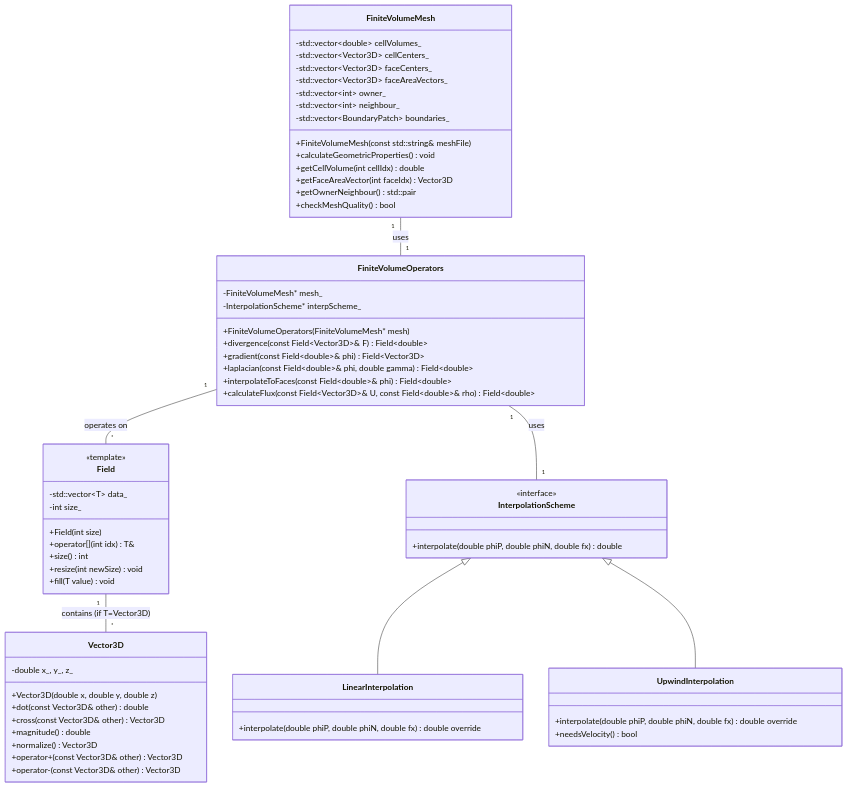
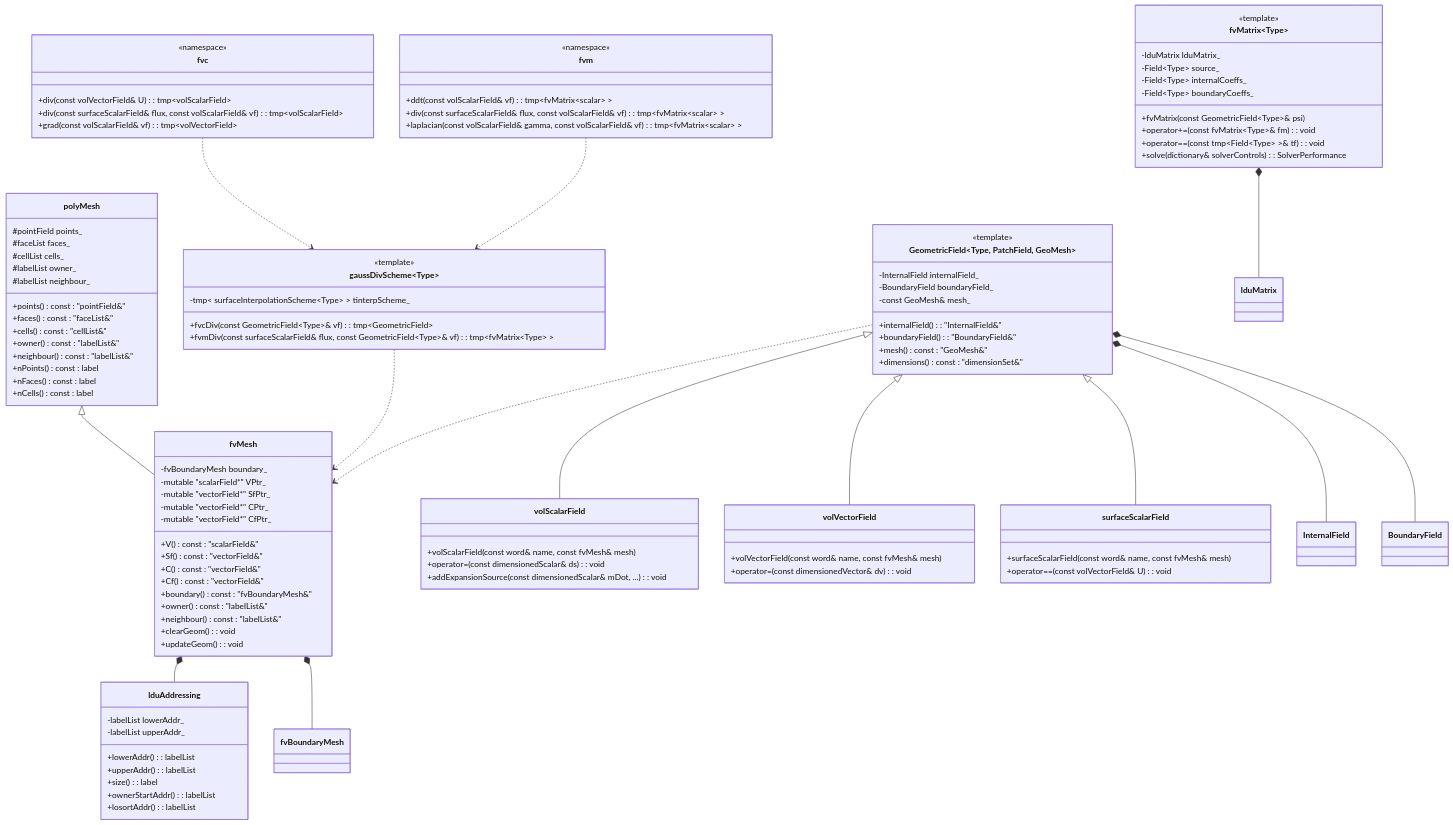
The first of 2 diagrams in daily_learning/Phase_01_Foundation_Theory/2026-01-02.md (wramet/build-my-cfd), drawn with Mermaid before and after one commit. The commit also changed other lines of this file, not shown here.

````diff
--- a/daily_learning/Phase_01_Foundation_Theory/2026-01-02.md
+++ b/daily_learning/Phase_01_Foundation_Theory/2026-01-02.md
@@ -431,72 +648,126 @@
 ```mermaid
 classDiagram
-    class FiniteVolumeMesh {
-        -std::vector~double~ cellVolumes_
-        -std::vector~Vector3D~ cellCenters_
-        -std::vector~Vector3D~ faceCenters_
-        -std::vector~Vector3D~ faceAreaVectors_
-        -std::vector~int~ owner_
-        -std::vector~int~ neighbour_
-        -std::vector~BoundaryPatch~ boundaries_
-        +FiniteVolumeMesh(const std::string& meshFile)
-        +calculateGeometricProperties() void
-        +getCellVolume(int cellIdx) double
-        +getFaceAreaVector(int faceIdx) Vector3D
-        +getOwnerNeighbour() std::pair
-        +checkMeshQuality() bool
+    direction TB
+
+    class lduAddressing {
+        -labelList lowerAddr_
+        -labelList upperAddr_
+        +lowerAddr() : labelList
+        +upperAddr() : labelList
+        +size() : label
+        +ownerStartAddr() : labelList
+        +losortAddr() : labelList
     }
+
+    class polyMesh {
+        #pointField points_
+        #faceList faces_
+        #cellList cells_
+        #labelList owner_
+        #labelList neighbour_
+        +points() const : "pointField&"
+        +faces() const : "faceList&"
+        +cells() const : "cellList&"
+        +owner() const : "labelList&"
+        +neighbour() const : "labelList&"
+        +nPoints() const : label
+        +nFaces() const : label
+        +nCells() const : label
+    }
+
+    class fvMesh {
+        -fvBoundaryMesh boundary_
+        -mutable "scalarField*" VPtr_
+        -mutable "vectorField*" SfPtr_
+        -mutable "vectorField*" CPtr_
+        -mutable "vectorField*" CfPtr_
+        +V() const : "scalarField&"
+        +Sf() const : "vectorField&"
+        +C() const : "vectorField&"
+        +Cf() const : "vectorField&"
+        +boundary() const : "fvBoundaryMesh&"
+        +owner() const : "labelList&"
+        +neighbour() const : "labelList&"
+        +clearGeom() : void
+        +updateGeom() : void
+    }
+
+    class GeometricField~Type, PatchField, GeoMesh~ {
+        <<template>>
+        -InternalField internalField_
+        -BoundaryField boundaryField_
+        -const GeoMesh& mesh_
+        +internalField() : "InternalField&"
+        +boundaryField() : "BoundaryField&"
+        +mesh() const : "GeoMesh&"
+        +dimensions() const : "dimensionSet&"
+    }
+
+    class volScalarField {
+        +volScalarField(const word& name, const fvMesh& mesh)
+        +operator=(const dimensionedScalar& ds) : void
+        +addExpansionSource(const dimensionedScalar& mDot, ...) : void
+    }
+
+    class volVectorField {
+        +volVectorField(const word& name, const fvMesh& mesh)
+        +operator=(const dimensionedVector& dv) : void
+    }
+
+    class surfaceScalarField {
+        +surfaceScalarField(const word& name, const fvMesh& mesh)
+        +operator==(const volVectorField& U) : void
+    }
+
+    class fvMatrix~Type~ {
+        <<template>>
+        -lduMatrix lduMatrix_
+        -Field~Type~ source_
+        -Field~Type~ internalCoeffs_
+        -Field~Type~ boundaryCoeffs_
+        +fvMatrix(const GeometricField~Type~& psi)
+        +operator+=(const fvMatrix~Type~& fm) : void
+        +operator==(const tmp~Field~Type~ ~& tf) : void
+        +solve(dictionary& solverControls) : SolverPerformance
+    }
+
+    class gaussDivScheme~Type~ {
+        <<template>>
+        -tmp~ surfaceInterpolationScheme~Type~ ~ tinterpScheme_
+        +fvcDiv(const GeometricField~Type~& vf) : tmp~GeometricField~
+        +fvmDiv(const surfaceScalarField& flux, const GeometricField~Type~& vf) : tmp~fvMatrix~Type~ ~
+    }
+
+    class fvc {
+        <<namespace>>
+        +div(const volVectorField& U) : tmp~volScalarField~
+        +div(const surfaceScalarField& flux, const volScalarField& vf) : tmp~volScalarField~
+        +grad(const volScalarField& vf) : tmp~volVectorField~
+    }
+
+    class fvm {
+        <<namespace>>
+        +ddt(const volScalarField& vf) : tmp~fvMatrix~scalar~ ~
+        +div(const surfaceScalarField& flux, const volScalarField& vf) : tmp~fvMatrix~scalar~ ~
+        +laplacian(const volScalarField& gamma, const volScalarField& vf) : tmp~fvMatrix~scalar~ ~
+    }
+
+    %% Inheritance relationships
+    polyMesh <|-- fvMesh
+    GeometricField <|-- volScalarField
+    GeometricField <|-- volVectorField
+    GeometricField <|-- surfaceScalarField
     
-    class FiniteVolumeOperators {
-        -FiniteVolumeMesh* mesh_
-        -InterpolationScheme* interpScheme_
-        +FiniteVolumeOperators(FiniteVolumeMesh* mesh)
-        +divergence(const Field~Vector3D~& F) Field~double~
-        +gradient(const Field~double~& phi) Field~Vector3D~
-        +laplacian(const Field~double~& phi, double gamma) Field~double~
-        +interpolateToFaces(const Field~double~& phi) Field~double~
-        +calculateFlux(const Field~Vector3D~& U, const Field~double~& rho) Field~double~
-    }
+    %% Composition relationships
+    fvMesh *-- lduAddressing
+    fvMesh *-- fvBoundaryMesh
+    GeometricField *-- InternalField
+    GeometricField *-- BoundaryField
+    fvMatrix *-- lduMatrix
     
-    class Field {
-        <<template>>
-        -std::vector~T~ data_
-        -int size_
-        +Field(int size)
-        +operator[](int idx) T&
-        +size() int
-        +resize(int newSize) void
-        +fill(T value) void
-    }
-    
-    class Vector3D {
-        -double x_, y_, z_
-        +Vector3D(double x, double y, double z)
-        +dot(const Vector3D& other) double
-        +cross(const Vector3D& other) Vector3D
-        +magnitude() double
-        +normalize() Vector3D
-        +operator+(const Vector3D& other) Vector3D
-        +operator-(const Vector3D& other) Vector3D
-    }
-    
-    class InterpolationScheme {
-        <<interface>>
-        +interpolate(double phiP, double phiN, double fx) double
-    }
-    
-    class LinearInterpolation {
-        +interpolate(double phiP, double phiN, double fx) double override
-    }
-    
-    class UpwindInterpolation {
-        +interpolate(double phiP, double phiN, double fx) double override
-        +needsVelocity() bool
-    }
-    
-    FiniteVolumeMesh "1" -- "1" FiniteVolumeOperators : uses
-    FiniteVolumeOperators "1" -- "*" Field : operates on
-    FiniteVolumeOperators "1" -- "1" InterpolationScheme : uses
-    InterpolationScheme <|-- LinearInterpolation
-    InterpolationScheme <|-- UpwindInterpolation
-    Field "1" -- "*" Vector3D : contains (if T=Vector3D)
+    %% Usage relationships
+    fvc ..> gaussDivScheme
+    fvm ..> gaussDivScheme
+    gaussDivScheme ..> fvMesh
+    GeometricField ..> fvMesh
 ```
````
